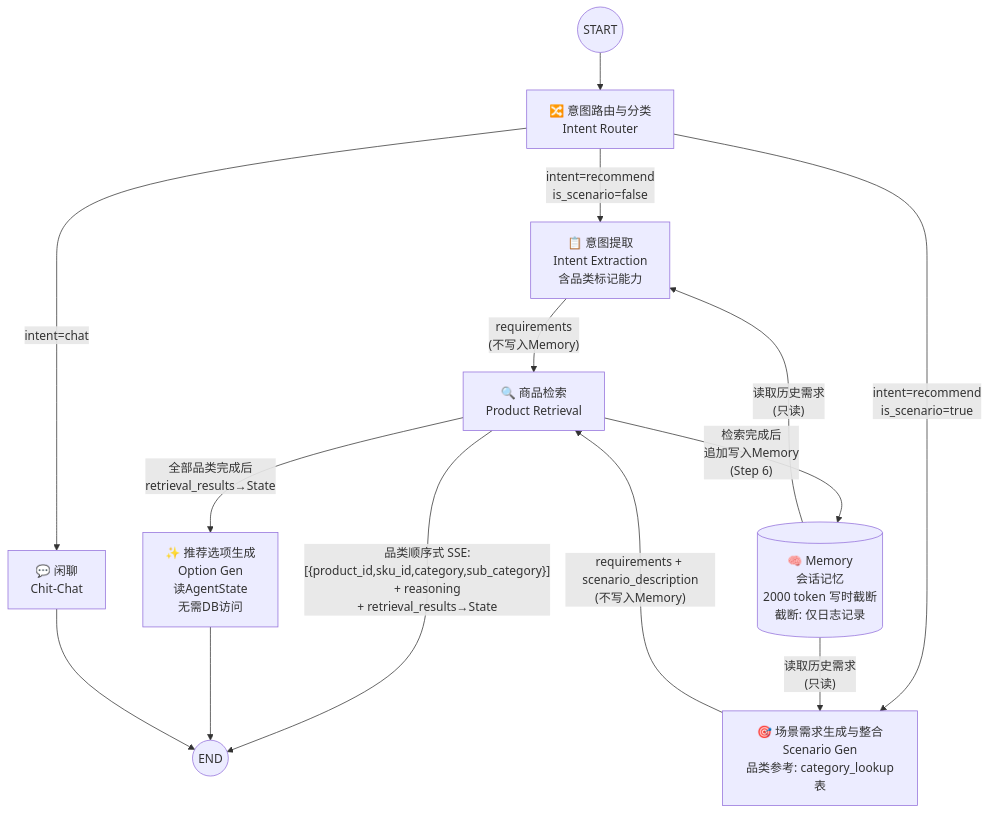
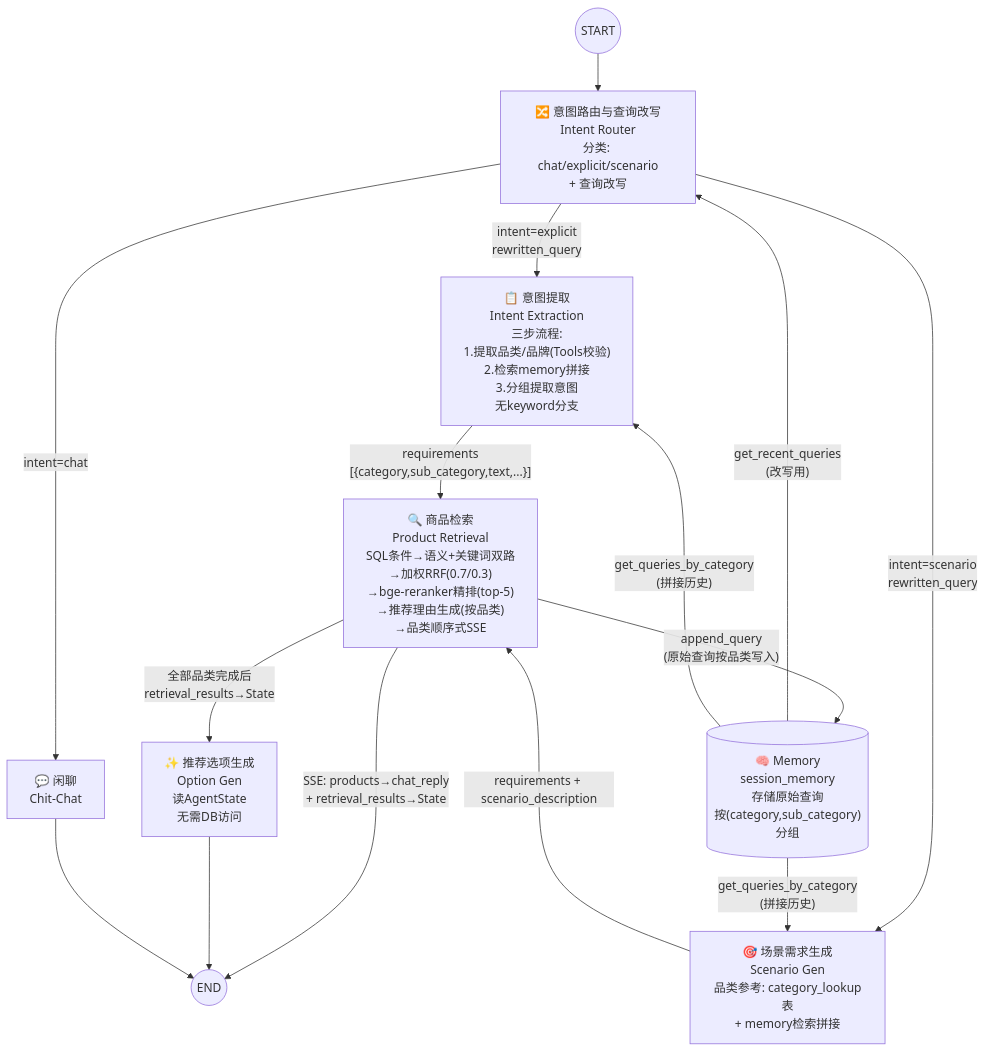
One commit to Crystalzhouby/AuraCart changed the first of 2 diagrams in server/docs/AGENT_OPT/GENERAL/SPEC.md. Above: the diagram before and after it, drawn with Mermaid. The commit also changed other lines of this file and 70 other files, not shown here.

Commit message:
feat: 重构意图提取与检索实现，重构项目结构，添加测试脚本等；

````diff
--- a/server/docs/AGENT_OPT/GENERAL/SPEC.md
+++ b/server/docs/AGENT_OPT/GENERAL/SPEC.md
@@ -233,21 +282,22 @@
 ```mermaid
 graph TD
-    START((START)) --> router["🔀 意图路由与分类<br/>Intent Router"]
+    START((START)) --> router["🔀 意图路由与查询改写<br/>Intent Router<br/>分类: chat/explicit/scenario<br/>+ 查询改写"]
 
     router -->|"intent=chat"| chat["💬 闲聊<br/>Chit-Chat"]
-    router -->|"intent=recommend<br/>is_scenario=false"| extract["📋 意图提取<br/>Intent Extraction<br/>含品类标记能力"]
-    router -->|"intent=recommend<br/>is_scenario=true"| scenario["🎯 场景需求生成与整合<br/>Scenario Gen<br/>品类参考: category_lookup表"]
+    router -->|"intent=explicit<br/>rewritten_query"| extract["📋 意图提取<br/>Intent Extraction<br/>三步流程:<br/>1.提取品类/品牌(Tools校验)<br/>2.检索memory拼接<br/>3.分组提取意图<br/>无keyword分支"]
+    router -->|"intent=scenario<br/>rewritten_query"| scenario["🎯 场景需求生成<br/>Scenario Gen<br/>品类参考: category_lookup表<br/>+ memory检索拼接"]
 
-    memory_r[("🧠 Memory<br/>会话记忆<br/>2000 token 写时截断<br/>截断: 仅日志记录")] -->|"读取历史需求<br/>(只读)"| extract
-    memory_r -->|"读取历史需求<br/>(只读)"| scenario
+    memory_r[("🧠 Memory<br/>session_memory<br/>存储原始查询<br/>按(category,sub_category)分组")] -->|"get_recent_queries<br/>(改写用)"| router
+    memory_r -->|"get_queries_by_category<br/>(拼接历史)"| extract
+    memory_r -->|"get_queries_by_category<br/>(拼接历史)"| scenario
 
-    extract -->|"requirements<br/>(不写入Memory)"| retrieve["🔍 商品检索<br/>Product Retrieval"]
-    scenario -->|"requirements + scenario_description<br/>(不写入Memory)"| retrieve
+    extract -->|"requirements<br/>[{category,sub_category,text,...}]"| retrieve["🔍 商品检索<br/>Product Retrieval<br/>SQL条件→语义+关键词双路<br/>→加权RRF(0.7/0.3)<br/>→bge-reranker精排(top-5)<br/>→推荐理由生成(按品类)<br/>→品类顺序式SSE"]
+    scenario -->|"requirements + scenario_description"| retrieve
 
-    retrieve -->|"检索完成后<br/>追加写入Memory<br/>(Step 6)"| memory_r
-    retrieve -->|"品类顺序式 SSE:<br/>[{product_id,sku_id,category,sub_category}]<br/>+ reasoning<br/>+ retrieval_results→State"| END((END))
+    retrieve -->|"append_query<br/>(原始查询按品类写入)"| memory_r
+    retrieve -->|"SSE: products→chat_reply<br/>+ retrieval_results→State"| END_((END))
     retrieve -->|"全部品类完成后<br/>retrieval_results→State"| options["✨ 推荐选项生成<br/>Option Gen<br/>读AgentState<br/>无需DB访问"]
-    options --> END
+    options --> END_
 
-    chat --> END
+    chat --> END_
 ```
````
